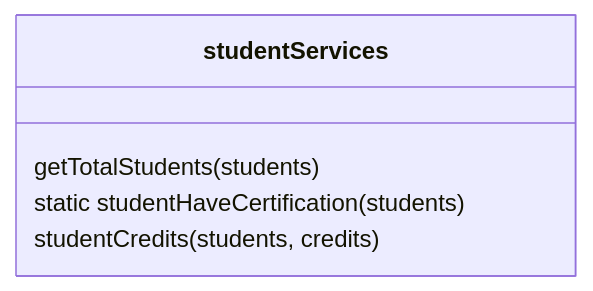
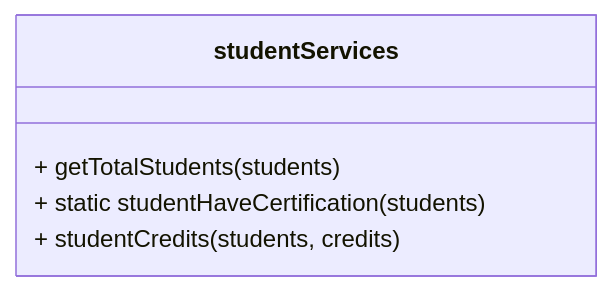
The fourth of 4 diagrams in README.md (EslebanPerez/Visual-Thinking-API), drawn with Mermaid before and after one commit. The commit also changed other lines of this file, not shown here.

````diff
--- a/README.md
+++ b/README.md
@@ -74,8 +74,8 @@
 ``` mermaid
 classDiagram
 class studentServices {
-  getTotalStudents(students)
-  static studentHaveCertification(students)
-  studentCredits(students, credits)
+  + getTotalStudents(students)
+  + static studentHaveCertification(students)
+  + studentCredits(students, credits)
 }
 ```
````
